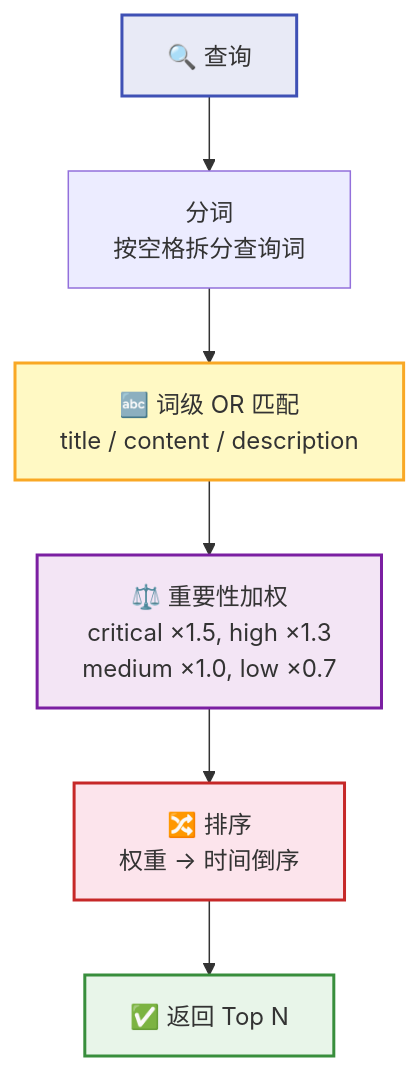
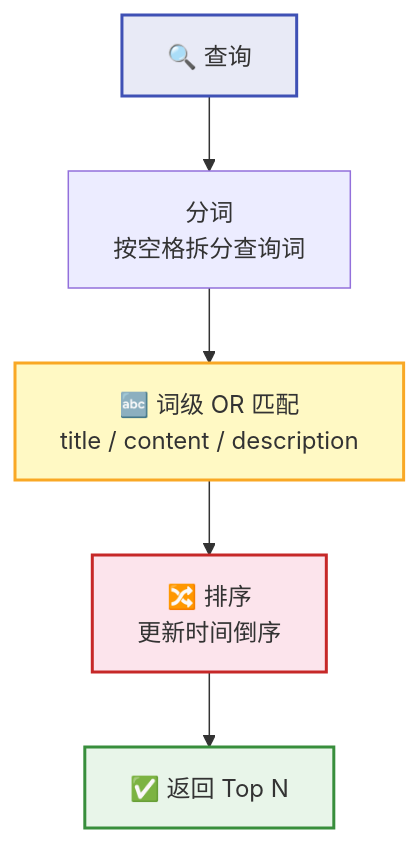
One commit to rtc-agent/docs changed the fourth of 7 diagrams in src/content/docs/features/memory.md. Above: the diagram before and after it, drawn with Mermaid. The commit also changed other lines of this file and 7 other files, not shown here.

````diff
--- a/src/content/docs/features/memory.md
+++ b/src/content/docs/features/memory.md
@@ -163,14 +165,12 @@
 ```mermaid
 flowchart TD
     Q["🔍 查询"] --> SPLIT["分词<br/>按空格拆分查询词"]
     SPLIT --> KW["🔤 词级 OR 匹配<br/>title / content / description"]
-    KW --> FILTER["⚖️ 重要性加权<br/>critical ×1.5, high ×1.3<br/>medium ×1.0, low ×0.7"]
-    FILTER --> SORT["🔀 排序<br/>权重 → 时间倒序"]
+    KW --> SORT["🔀 排序<br/>更新时间倒序"]
     SORT --> TOP["✅ 返回 Top N"]
 
     style Q fill:#e8eaf6,stroke:#3f51b5,stroke-width:2px
     style KW fill:#fff9c4,stroke:#f9a825,stroke-width:2px
-    style FILTER fill:#f3e5f5,stroke:#7b1fa2,stroke-width:2px
     style SORT fill:#fce4ec,stroke:#c62828,stroke-width:2px
     style TOP fill:#e8f5e9,stroke:#388e3c,stroke-width:2px
 ```
````
